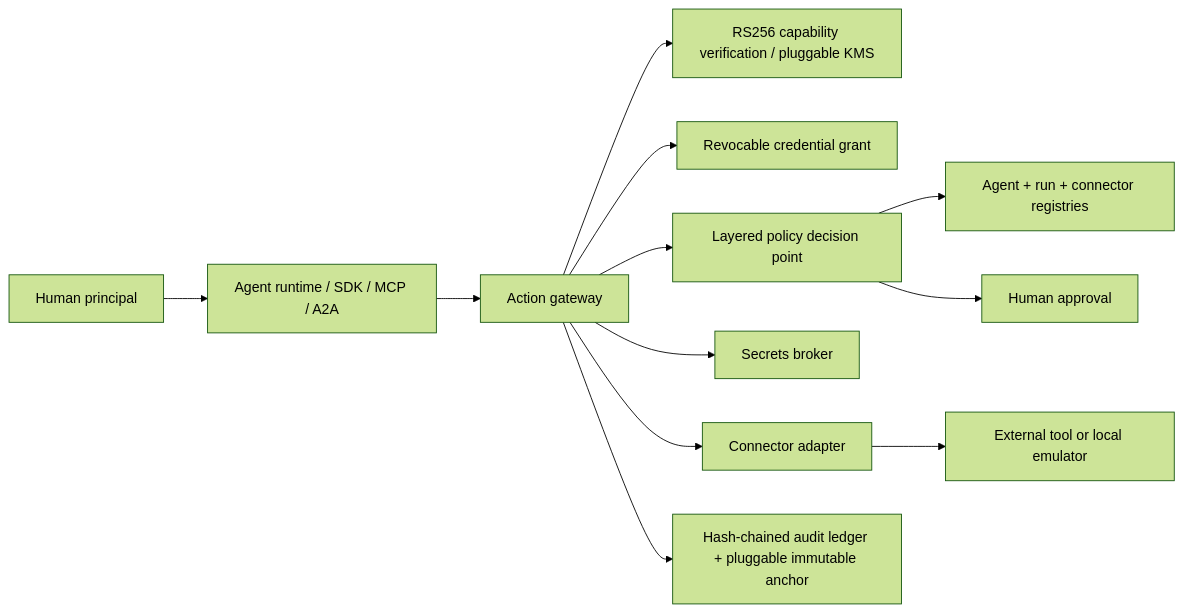
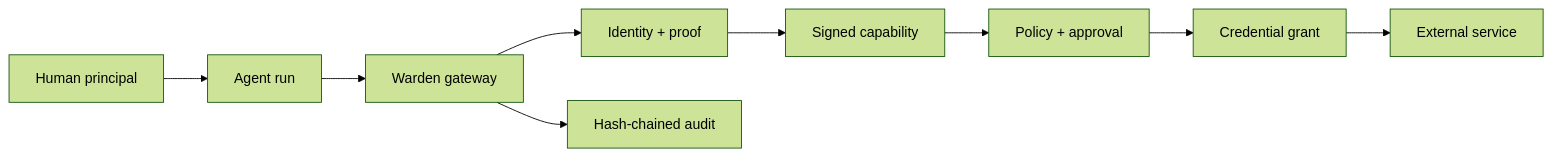
Before and after one commit to ishaiktaher/warden: the diagram in README.md, drawn with Mermaid (forest theme). The commit also changed other lines of this file and 3 other files, not shown here.

````diff
--- a/README.md
+++ b/README.md
@@ -15,14 +43,11 @@
 ```mermaid
 flowchart LR
-  U[Human principal] --> A[Agent runtime / SDK / MCP / A2A]
-  A --> G[Action gateway]
-  G --> T[RS256 capability verification / pluggable KMS]
-  G --> D[Revocable credential grant]
-  G --> P[Layered policy decision point]
-  P --> R[Agent + run + connector registries]
-  P --> H[Human approval]
-  G --> S[Secrets broker]
-  G --> C[Connector adapter]
-  C --> X[External tool or local emulator]
-  G --> L[Hash-chained audit ledger + pluggable immutable anchor]
+  H["Human principal"] --> A["Agent run"]
+  A --> G["Warden gateway"]
+  G --> I["Identity + proof"]
+  I --> C["Signed capability"]
+  C --> P["Policy + approval"]
+  P --> V["Credential grant"]
+  V --> X["External service"]
+  G --> L["Hash-chained audit"]
 ```
````
